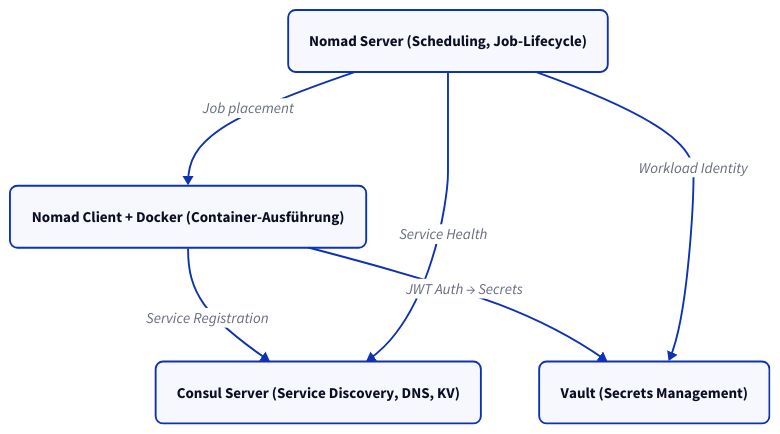
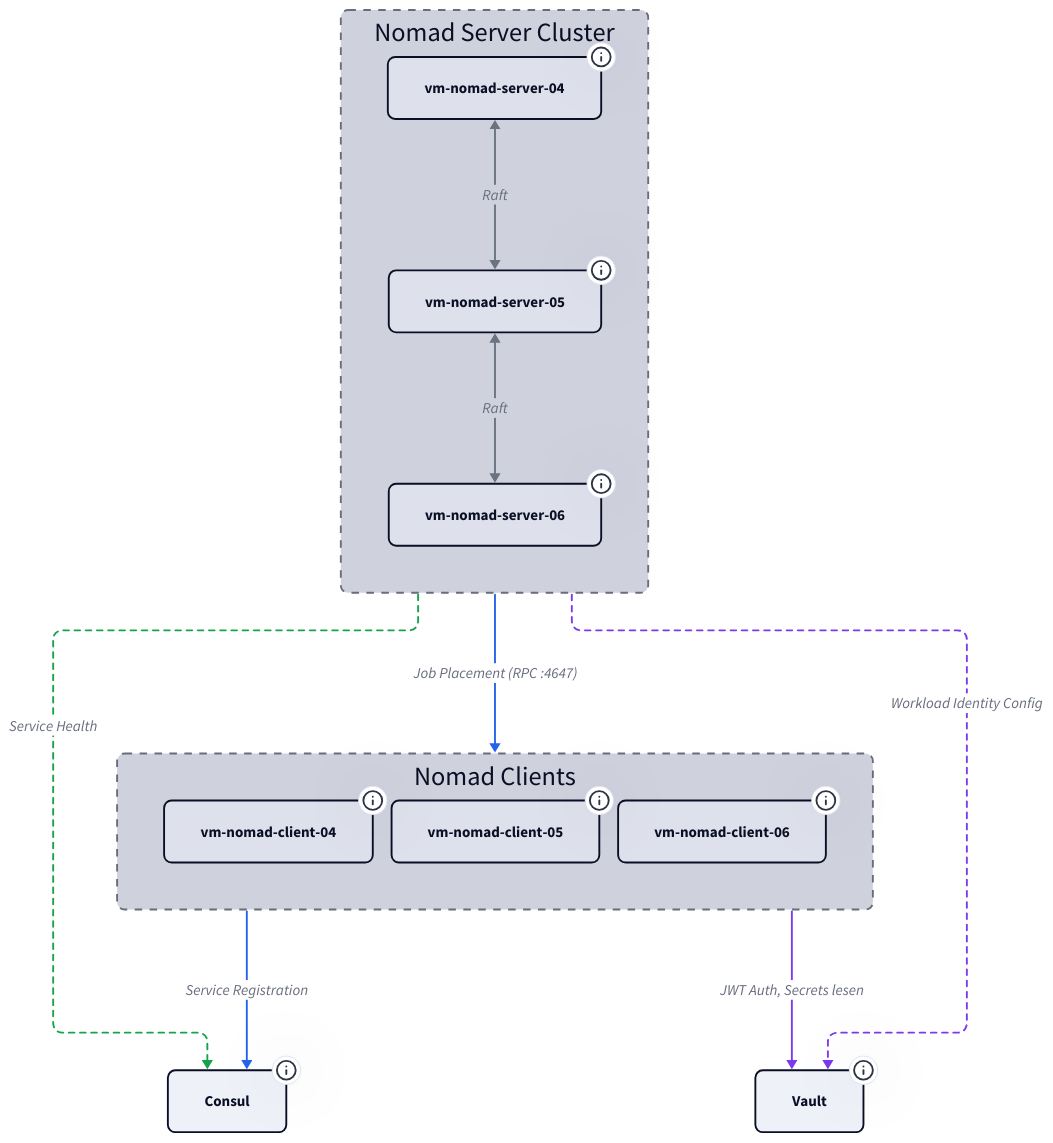
Before and after one commit to derever-labs/homelab-wiki: the diagram in docs/nomad/index.md, drawn with D2. The commit also changed 6 other files, not shown here.

Commit message:
refactor(diagrams): D2 auf vars/classes/Tooltips vereinheitlicht

````diff
--- a/docs/nomad/index.md
+++ b/docs/nomad/index.md
@@ -29,14 +29,89 @@
 ```d2
+vars: {
+  d2-config: {
+    theme-id: 1
+    layout-engine: elk
+  }
+}
+
+classes: {
+  node: { style: { border-radius: 8 } }
+  container: { style: { border-radius: 8; stroke-dash: 4 } }
+}
+
 direction: down
 
-Nomad: "Nomad Server (Scheduling, Job-Lifecycle)" { style.border-radius: 8 }
-Consul: "Consul Server (Service Discovery, DNS, KV)" { style.border-radius: 8 }
-Vault: "Vault (Secrets Management)" { style.border-radius: 8 }
-Worker: "Nomad Client + Docker (Container-Ausführung)" { style.border-radius: 8 }
+servers: Nomad Server Cluster {
+  class: container
 
-Nomad -> Worker: "Job placement"
-Worker -> Consul: "Service Registration"
-Worker -> Vault: "JWT Auth → Secrets"
-Nomad -> Consul: "Service Health"
-Nomad -> Vault: "Workload Identity"
+  S04: vm-nomad-server-04 {
+    class: node
+    tooltip: "10.0.2.104 | Port 4646 (API) / 4647 (RPC) / 4648 (Serf)"
+  }
+  S05: vm-nomad-server-05 {
+    class: node
+    tooltip: "10.0.2.105 | Port 4646 (API) / 4647 (RPC) / 4648 (Serf)"
+  }
+  S06: vm-nomad-server-06 {
+    class: node
+    tooltip: "10.0.2.106 | Port 4646 (API) / 4647 (RPC) / 4648 (Serf)"
+  }
+
+  S04 <-> S05: Raft {
+    style.stroke: "#6b7280"
+  }
+  S05 <-> S06: Raft {
+    style.stroke: "#6b7280"
+  }
+}
+
+workers: Nomad Clients {
+  class: container
+
+  C04: vm-nomad-client-04 {
+    class: node
+    tooltip: "10.0.2.124 | 4 CPU, 14 GB RAM, Klasse: worker"
+  }
+  C05: vm-nomad-client-05 {
+    class: node
+    tooltip: "10.0.2.125 | 16 CPU, 74 GB RAM, Klasse: storage, iGPU"
+  }
+  C06: vm-nomad-client-06 {
+    class: node
+    tooltip: "10.0.2.126 | 16 CPU, 74 GB RAM, Klasse: storage, iGPU"
+  }
+}
+
+Consul: Consul {
+  class: node
+  tooltip: "Port 8500 | Service Discovery, DNS, KV Store"
+}
+
+Vault: Vault {
+  class: node
+  tooltip: "Port 8200 | Secrets Management, KV v2"
+}
+
+servers -> workers: Job Placement (RPC :4647) {
+  style.stroke: "#2563eb"
+  tooltip: "Server weist Container den passenden Worker-Nodes zu"
+}
+workers -> Consul: Service Registration {
+  style.stroke: "#2563eb"
+  tooltip: "Consul Agent registriert gestartete Container als Services"
+}
+workers -> Vault: JWT Auth, Secrets lesen {
+  style.stroke: "#7c3aed"
+  tooltip: "Workload Identity JWT gegen Vault-Token tauschen, dann Secrets lesen"
+}
+servers -> Consul: Service Health {
+  style.stroke: "#16a34a"
+  style.stroke-dash: 3
+  tooltip: "Nomad nutzt Consul Health Checks fuer Task-Status"
+}
+servers -> Vault: Workload Identity Config {
+  style.stroke: "#7c3aed"
+  style.stroke-dash: 3
+  tooltip: "Server stellt JWT fuer Tasks aus, Vault validiert via JWKS"
+}
 ```
````
